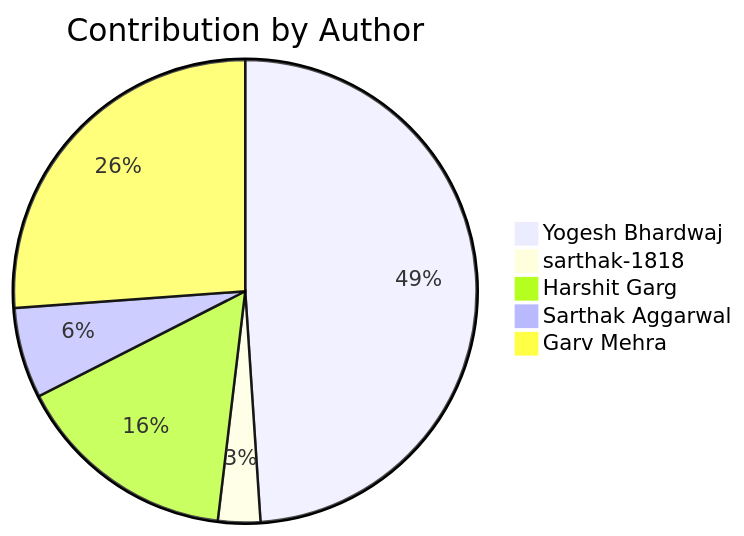
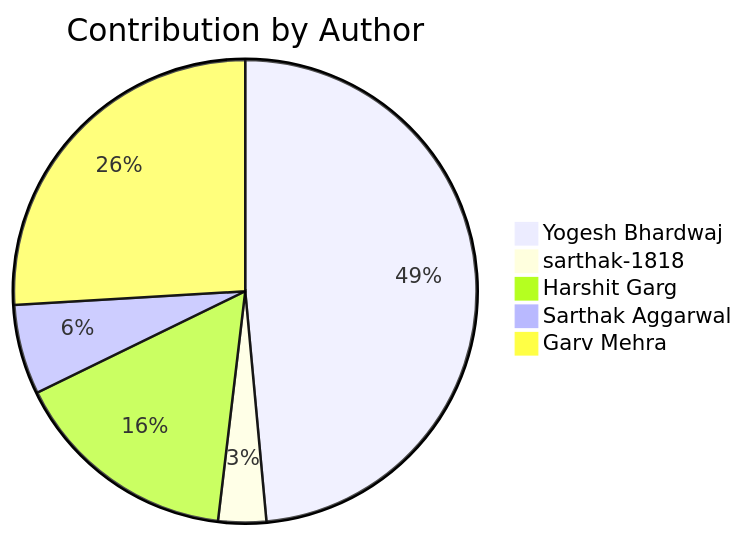
One commit to Yogesh-Bhardwaj-hue/Scm-Final_2.0 changed the second of 2 diagrams in README.md. Above: the diagram before and after it, drawn with Mermaid. The commit also changed other lines of this file, not shown here.

Commit message:
Update contribution charts

````diff
--- a/README.md
+++ b/README.md
@@ -190,8 +190,8 @@
 ```mermaid
 pie title Contribution by Author
     "Yogesh Bhardwaj": 116
-    "sarthak-1818": 7
-    "Harshit Garg": 37
+    "sarthak-1818": 8
+    "Harshit Garg": 38
     "Sarthak Aggarwal": 15
     "Garv Mehra": 62
 ```
````
